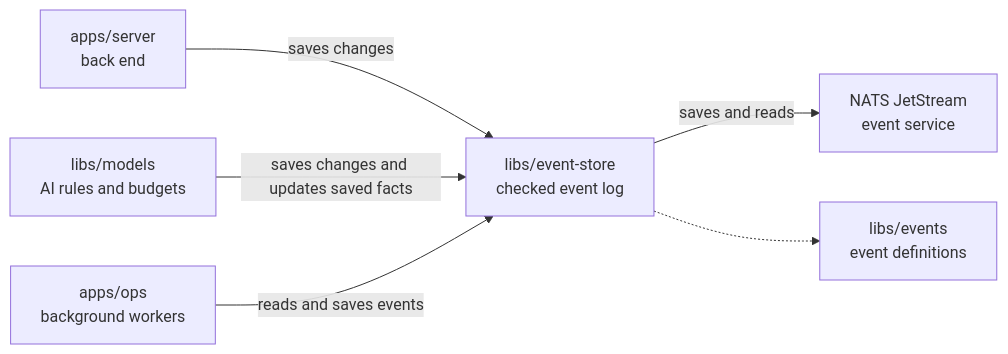
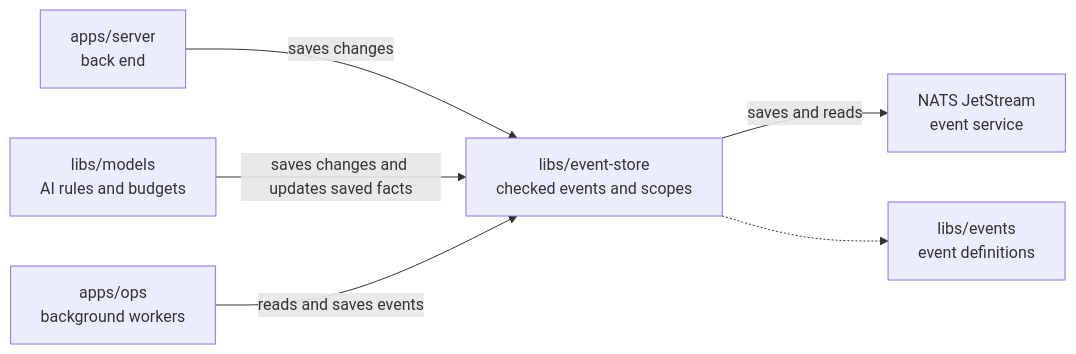
The diagram in libs/event-store/README.md (elewa-git/opencrane-new), drawn with Mermaid before and after one commit. The commit also changed other lines of this file and 10 other files, not shown here.

````diff
--- a/libs/event-store/README.md
+++ b/libs/event-store/README.md
@@ -22,8 +22,8 @@
 ```mermaid
 flowchart LR
-  server["apps/server<br/>back end"] -->|saves changes| store["libs/event-store<br/>checked event log"]
+  server["apps/server<br/>back end"] -->|saves changes| store["libs/event-store<br/>checked events and scopes"]
   models["libs/models<br/>AI rules and budgets"] -->|saves changes and updates saved facts| store
   ops["apps/ops<br/>background workers"] -->|reads and saves events| store
   store -->|saves and reads| nats["NATS JetStream<br/>event service"]
   store -.-> events["libs/events<br/>event definitions"]
 ```
````
